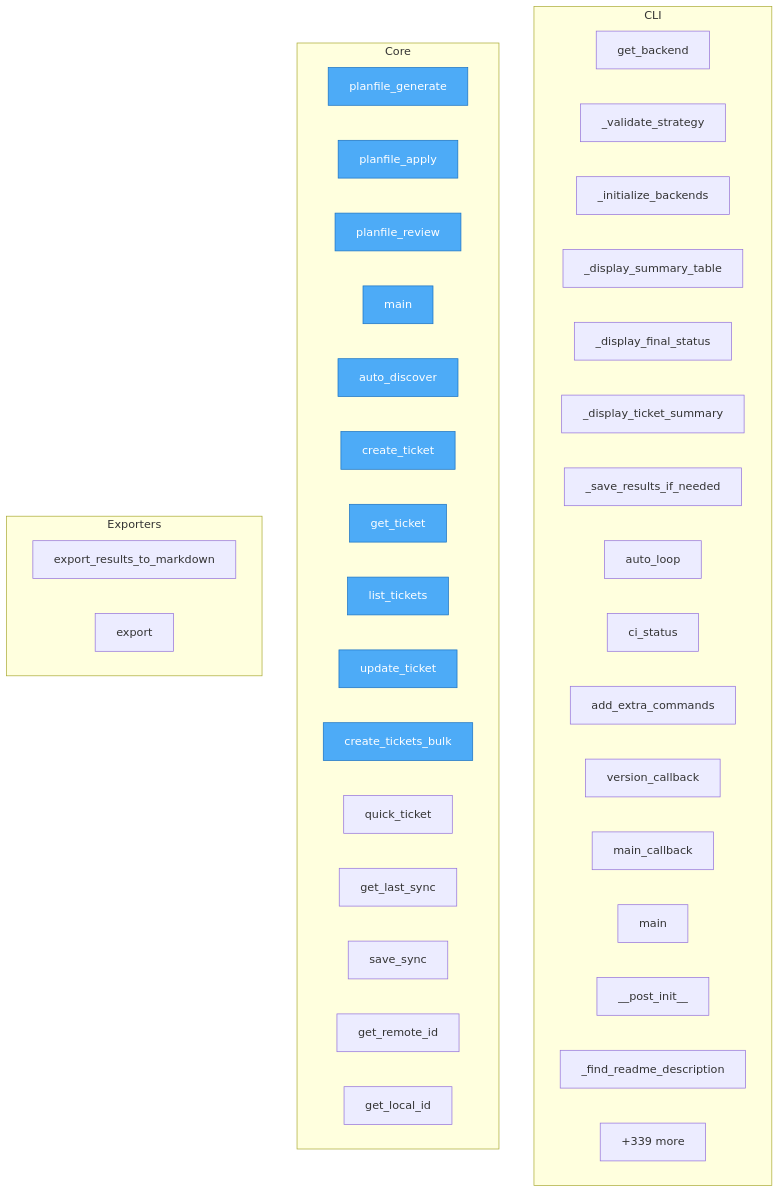
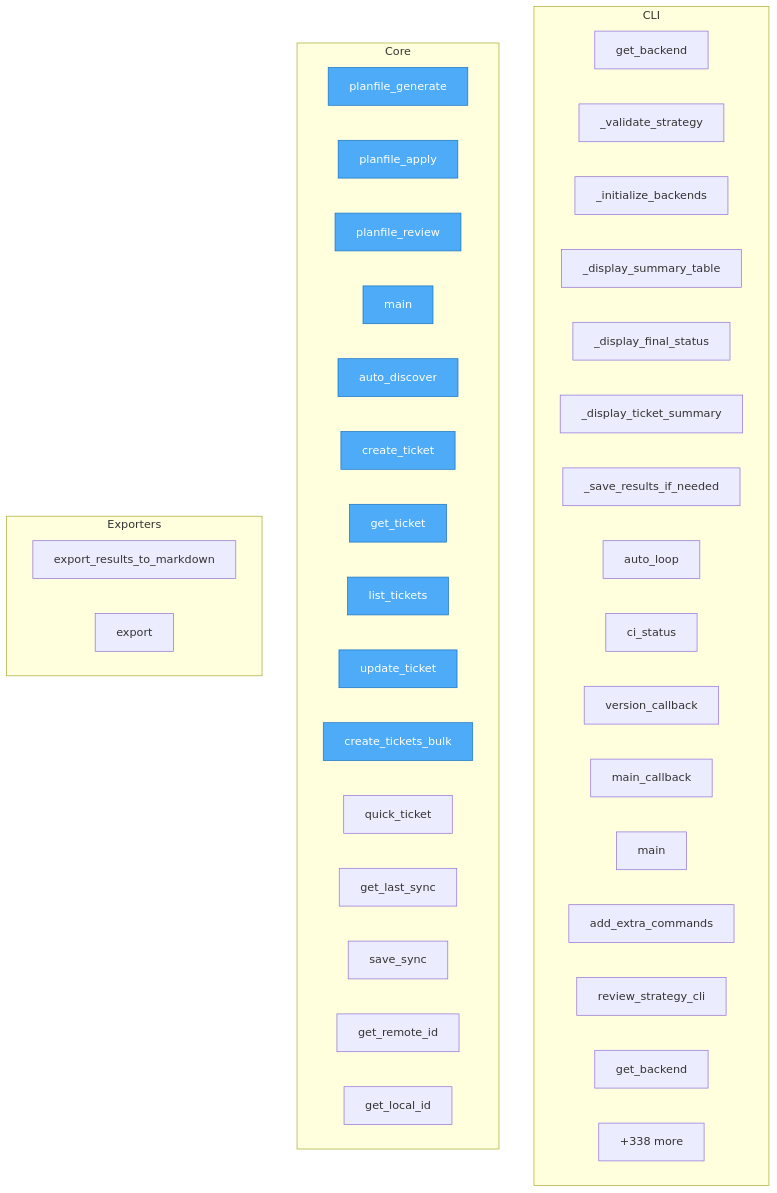
The diagram in project/flow.mmd (semcod/planfile), drawn with Mermaid before and after one commit. The commit also changed 26 other files, not shown here.

```diff
--- a/project/flow.mmd
+++ b/project/flow.mmd
@@ -1,49 +1,49 @@
 flowchart TD
 
     %% Entry points (blue)
     classDef entry fill:#4dabf7,stroke:#1971c2,color:#fff
 
     subgraph CLI
         planfile__cli__auto_loop__get_backend["get_backend"]
         planfile__cli__auto_loop___validate_strategy["_validate_strategy"]
         planfile__cli__auto_loop___initialize_backends["_initialize_backends"]
         planfile__cli__auto_loop___display_summary_table["_display_summary_table"]
         planfile__cli__auto_loop___display_final_status["_display_final_status"]
         planfile__cli__auto_loop___display_ticket_summary["_display_ticket_summary"]
         planfile__cli__auto_loop___save_results_if_needed["_save_results_if_needed"]
         planfile__cli__auto_loop__auto_loop["auto_loop"]
         planfile__cli__auto_loop__ci_status["ci_status"]
-        planfile__cli__extra_commands__add_extra_commands["add_extra_commands"]
         planfile__cli__commands__version_callback["version_callback"]
         planfile__cli__commands__main_callback["main_callback"]
         planfile__cli__commands__main["main"]
-        planfile__cli__project_detector__DetectedProject____post_init__["__post_init__"]
-        planfile__cli__project_detector___find_readme_description["_find_readme_description"]
-        ...["+49 more"]
+        planfile__cli__extra_commands__add_extra_commands["add_extra_commands"]
+        planfile__cli__cmd__cmd_review__review_strategy_cli["review_strategy_cli"]
+        planfile__cli__cmd__cmd_utils__get_backend["get_backend"]
+        ...["+55 more"]
     end
 
     subgraph Core
         mcp_server_example__planfile_generate["planfile_generate"]
         mcp_server_example__planfile_apply["planfile_apply"]
         mcp_server_example__planfile_review["planfile_review"]
         mcp_server_example__main["main"]
         planfile__Planfile__auto_discover["auto_discover"]
         planfile__Planfile__create_ticket["create_ticket"]
         planfile__Planfile__get_ticket["get_ticket"]
         planfile__Planfile__list_tickets["list_tickets"]
         planfile__Planfile__update_ticket["update_ticket"]
         planfile__Planfile__create_tickets_bulk["create_tickets_bulk"]
         planfile__quick_ticket["quick_ticket"]
         planfile__sync__state__SyncState__get_last_sync["get_last_sync"]
         planfile__sync__state__SyncState__save_sync["save_sync"]
         planfile__sync__state__SyncState__get_remote_id["get_remote_id"]
         planfile__sync__state__SyncState__get_local_id["get_local_id"]
-        ...["+339 more"]
+        ...["+338 more"]
     end
 
     subgraph Exporters
         planfile__loaders__cli_loader__export_results_to_markdown["export_results_to_markdown"]
         planfile__core__models__Strategy__export["export"]
     end
 
     class mcp_server_example__planfile_generate,mcp_server_example__planfile_apply,mcp_server_example__planfile_review,mcp_server_example__main,planfile__Planfile__auto_discover,planfile__Planfile__create_ticket,planfile__Planfile__get_ticket,planfile__Planfile__list_tickets,planfile__Planfile__update_ticket,planfile__Planfile__create_tickets_bulk entry
```
